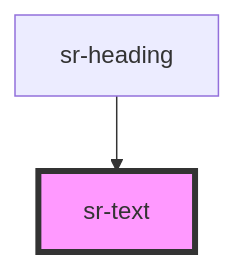
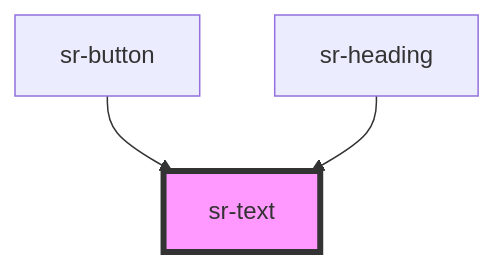
The diagram in src/components/primitives/sr-text/readme.md (tonyblu331/spotify-replay-design-system), drawn with Mermaid before and after one commit. The commit also changed other lines of this file and 10 other files, not shown here.

````diff
--- a/src/components/primitives/sr-text/readme.md
+++ b/src/components/primitives/sr-text/readme.md
@@ -37,5 +38,6 @@
 ```mermaid
 graph TD;
+  sr-button --> sr-text
   sr-heading --> sr-text
   style sr-text fill:#f9f,stroke:#333,stroke-width:4px
 ```
````
